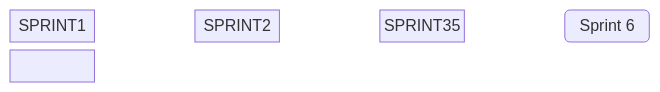
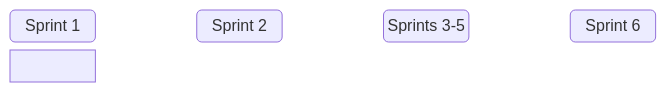
Before and after one commit to chingu-voyages/Handbook: the second of 2 diagrams in docs/guides/voyage/voyage.md, drawn with Mermaid.

Commit message:
Feature: Add new Voyage Process diagram

````diff
--- a/docs/guides/voyage/voyage.md
+++ b/docs/guides/voyage/voyage.md
@@ -243,6 +243,6 @@
 ```mermaid
 block-beta
 columns 7
-  SPRINT1 space SPRINT2 space SPRINT35 space SPRINT6
-  SPRINT1("Sprint 1")-->SPRINT2("Sprint 2")-->SPRINT35("Sprints 3-5")-->SPRINT6("Sprint 6")
+  SPRINT1("Sprint 1") space SPRINT2("Sprint 2") space SPRINT35("Sprints 3-5") space SPRINT6("Sprint 6")
+  SPRINT1-->SPRINT2-->SPRINT35-->SPRINT6
 ```
````
